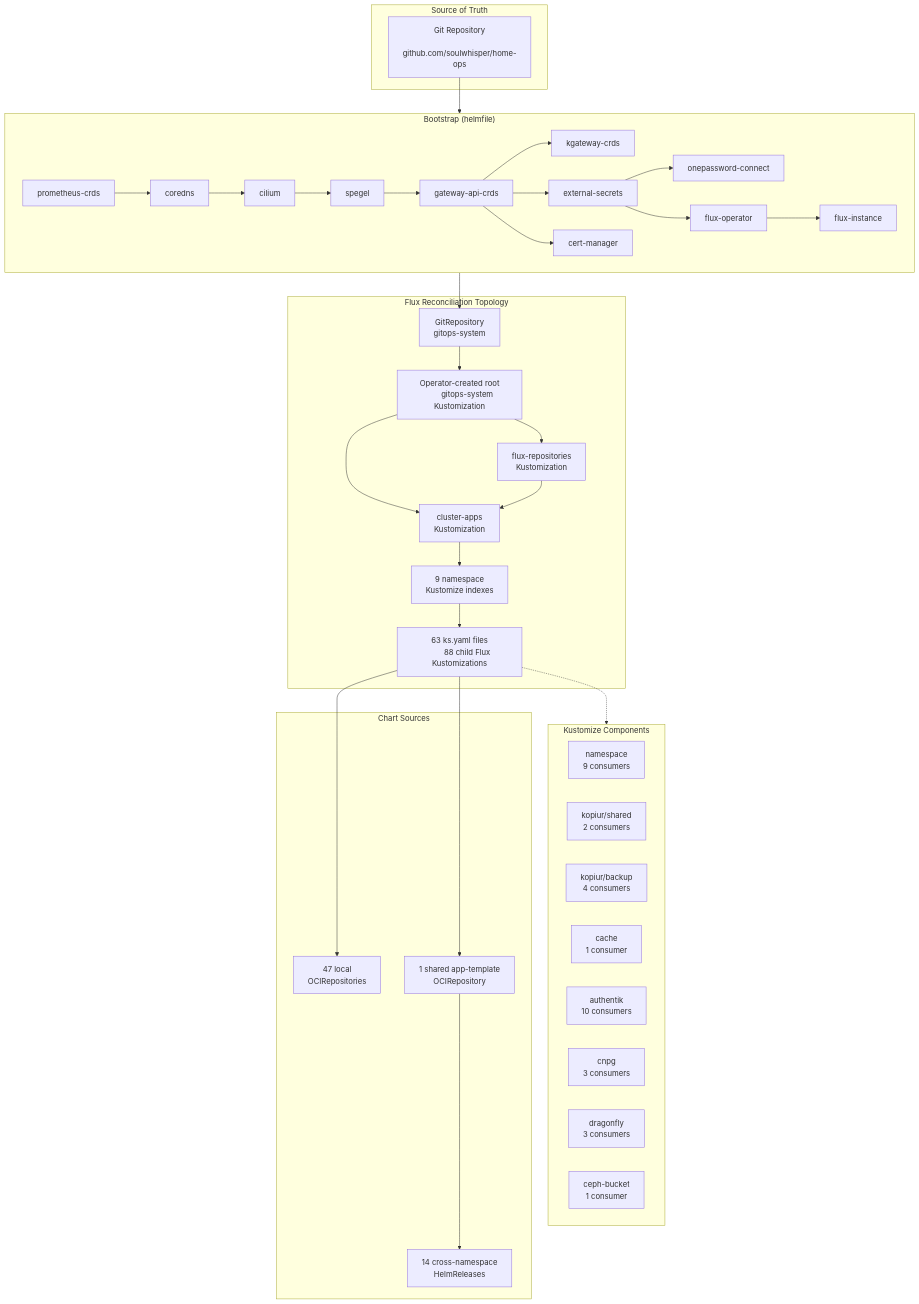
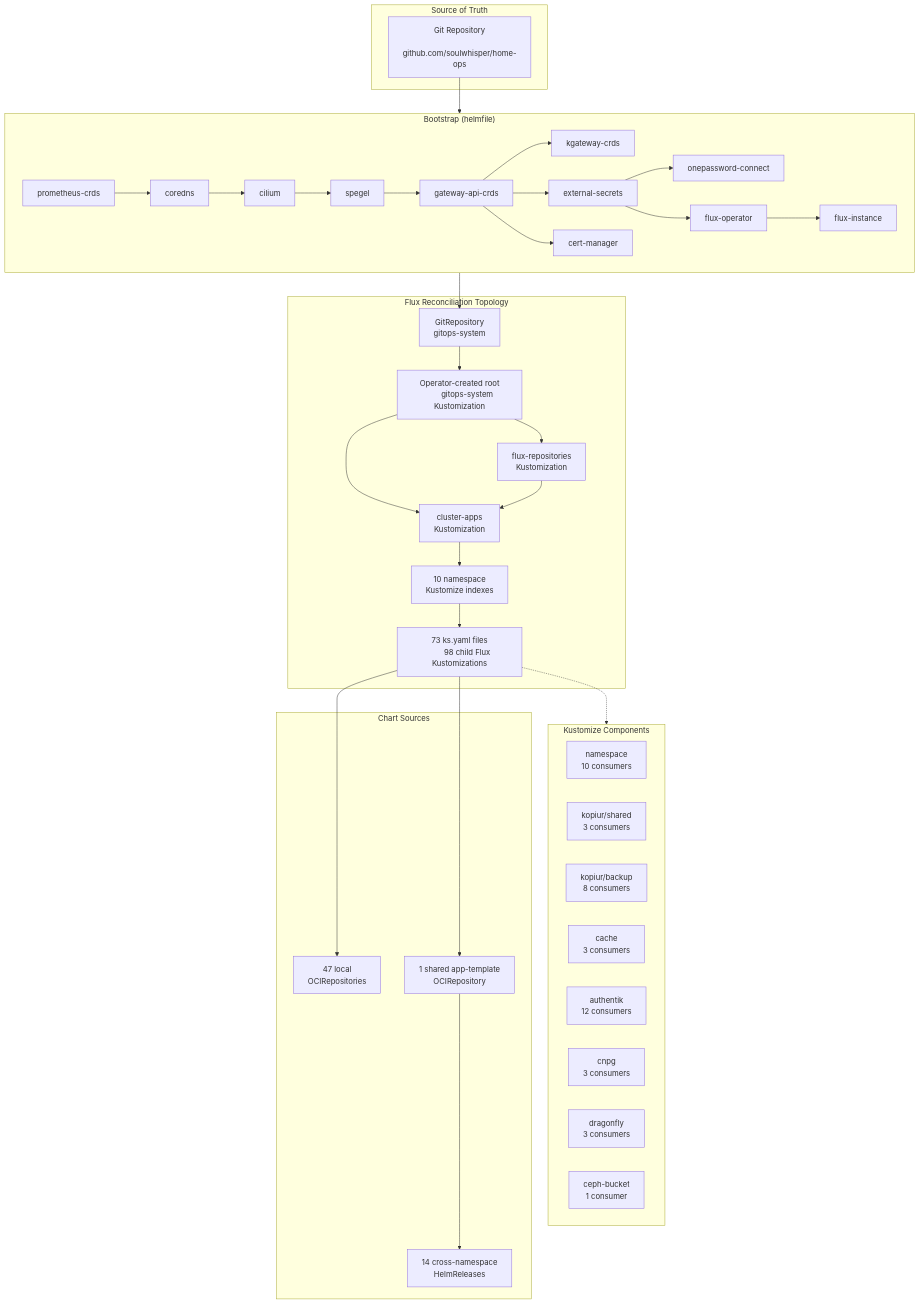
Before and after one commit to soulwhisper/home-ops: the diagram in docs/infrastructure/kubernetes.md, drawn with Mermaid. The commit also changed other lines of this file and 69 other files, not shown here.

````diff
--- a/docs/infrastructure/kubernetes.md
+++ b/docs/infrastructure/kubernetes.md
@@ -12,71 +12,71 @@
 ```mermaid
 flowchart TB
     subgraph Source["Source of Truth"]
         GIT["Git Repository
         github.com/soulwhisper/home-ops"]
     end
 
     subgraph Bootstrap["Bootstrap (helmfile)"]
         direction LR
         B1["prometheus-crds"] --> B2["coredns"]
         B2 --> B3["cilium"]
         B3 --> B4["spegel"]
         B4 --> B5["gateway-api-crds"]
         B5 --> B6["kgateway-crds"]
         B5 --> B7["external-secrets"]
         B5 --> B8["cert-manager"]
         B7 --> B9["onepassword-connect"]
         B7 --> B11["flux-operator"]
         B11 --> B12["flux-instance"]
     end
 
     subgraph FluxTopo["Flux Reconciliation Topology"]
         GR["GitRepository
         gitops-system"] --> ROOT["Operator-created root
         gitops-system Kustomization"]
         ROOT --> FR["flux-repositories
         Kustomization"]
         ROOT --> CA["cluster-apps
         Kustomization"]
         FR --> CA
-        CA --> NS["9 namespace
+        CA --> NS["10 namespace
         Kustomize indexes"]
-        NS --> APPS["63 ks.yaml files
-        88 child Flux Kustomizations"]
+        NS --> APPS["73 ks.yaml files
+        98 child Flux Kustomizations"]
     end
 
     subgraph Components["Kustomize Components"]
         NS_COMP["namespace
-        9 consumers"]
+        10 consumers"]
         KOPIUR_SECRET["kopiur/shared
-        2 consumers"]
+        3 consumers"]
         KOPIUR_BACKUP["kopiur/backup
-        4 consumers"]
+        8 consumers"]
         CACHE["cache
-        1 consumer"]
+        3 consumers"]
         AUTHENTIK["authentik
-        10 consumers"]
+        12 consumers"]
         CNPG["cnpg
         3 consumers"]
         DRAGONFLY["dragonfly
         3 consumers"]
         CEPH["ceph-bucket
         1 consumer"]
     end
 
     subgraph Charts["Chart Sources"]
         OCI_OWN["47 local
         OCIRepositories"]
         OCI_TPL["1 shared app-template
         OCIRepository"]
         CROSS["14 cross-namespace
         HelmReleases"]
     end
 
     GIT --> Bootstrap
     Bootstrap --> GR
     APPS -.-> Components
     APPS --> OCI_OWN
     APPS --> OCI_TPL
     OCI_TPL --> CROSS
 ```
````
